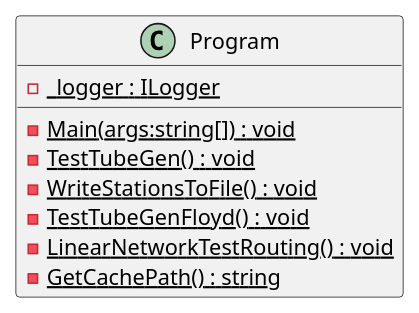
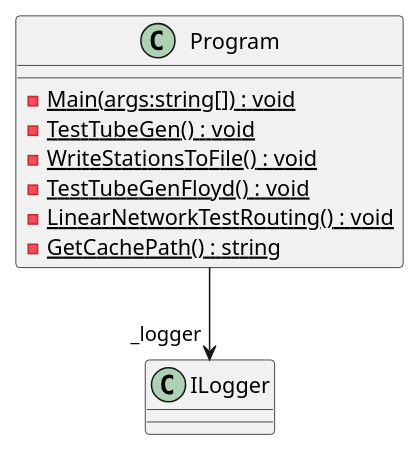
One commit to Liftyee/london-tube-navigator changed the diagram in TubeChallengeRouter/puml/TubeChallengeRouter/Program.puml. Above: the diagram before and after it, drawn with PlantUML. The commit also changed 23 other files, not shown here.

```diff
--- a/TubeChallengeRouter/puml/TubeChallengeRouter/Program.puml
+++ b/TubeChallengeRouter/puml/TubeChallengeRouter/Program.puml
@@ -1,11 +1,11 @@
 @startuml
 class Program {
-    - {static} _logger : ILogger
     - {static} Main(args:string[]) : void
     - {static} TestTubeGen() : void
     - {static} WriteStationsToFile() : void
     - {static} TestTubeGenFloyd() : void
     - {static} LinearNetworkTestRouting() : void
     - {static} GetCachePath() : string
 }
+Program --> "_logger" ILogger
 @enduml
```
